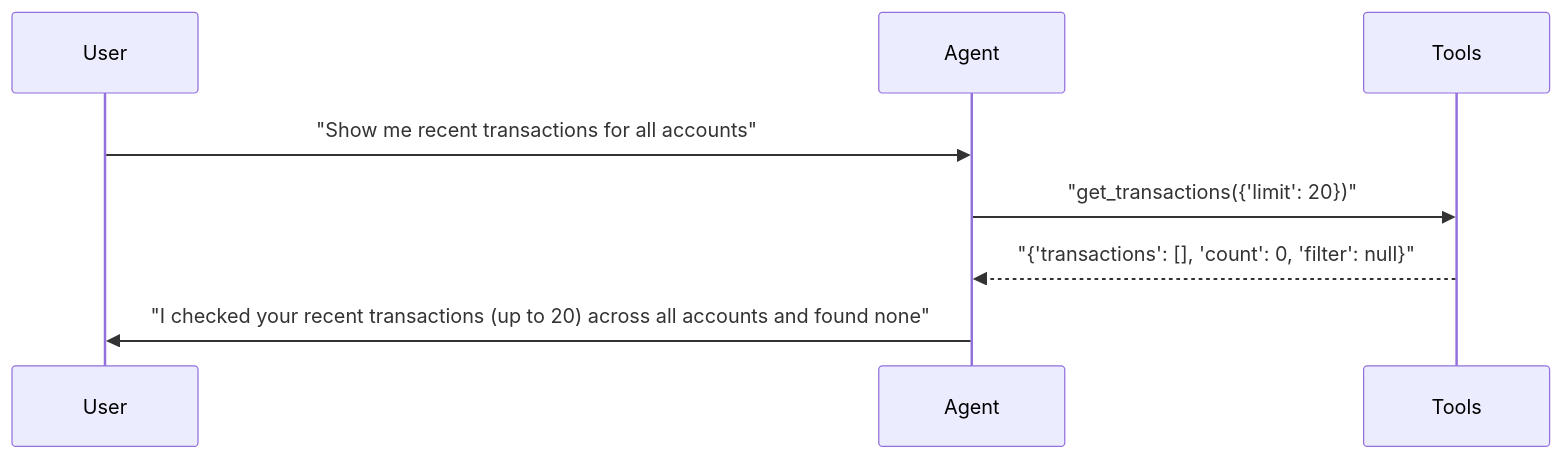
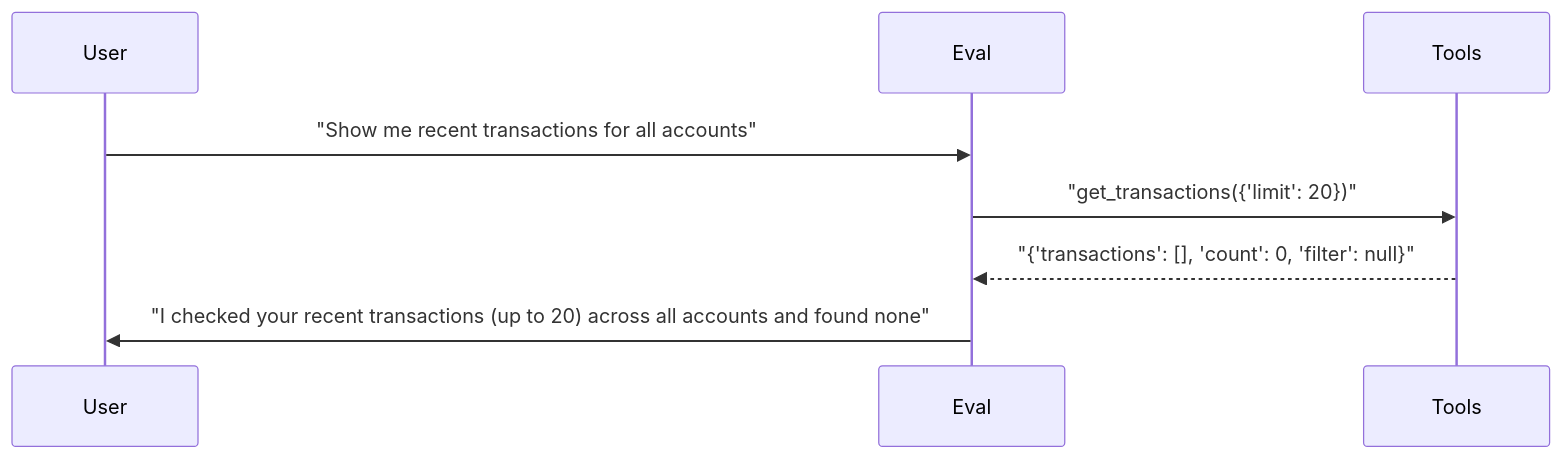
Before and after one commit to sbroenne/pytest-skill-engineering: the third of 4 diagrams in docs/reports/01_single_agent.md, drawn with Mermaid. The commit also changed other lines of this file and 155 other files, not shown here.

````diff
--- a/docs/reports/01_single_agent.md
+++ b/docs/reports/01_single_agent.md
@@ -237,11 +237,11 @@
 ```mermaid
 sequenceDiagram
     participant User
-    participant Agent
+    participant Eval
     participant Tools
 
-    User->>Agent: "Show me recent transactions for all accounts"
-    Agent->>Tools: "get_transactions({'limit': 20})"
-    Tools-->>Agent: "{'transactions': [], 'count': 0, 'filter': null}"
-    Agent->>User: "I checked your recent transactions (up to 20) across all accounts and found none"
+    User->>Eval: "Show me recent transactions for all accounts"
+    Eval->>Tools: "get_transactions({'limit': 20})"
+    Tools-->>Eval: "{'transactions': [], 'count': 0, 'filter': null}"
+    Eval->>User: "I checked your recent transactions (up to 20) across all accounts and found none"
 ```
````
